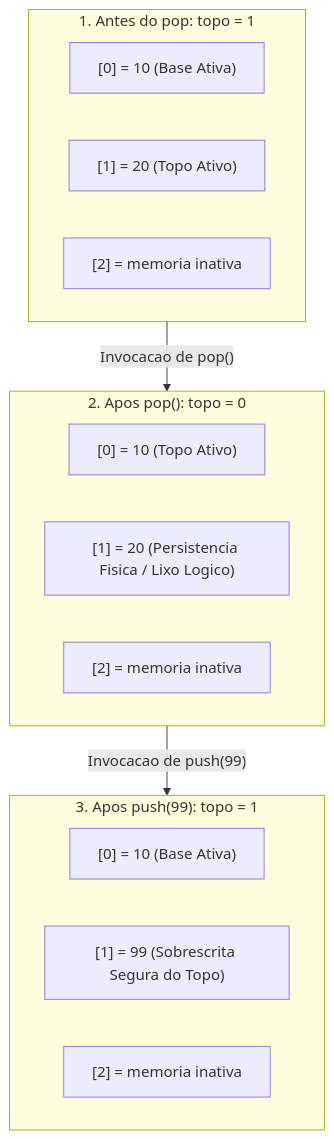
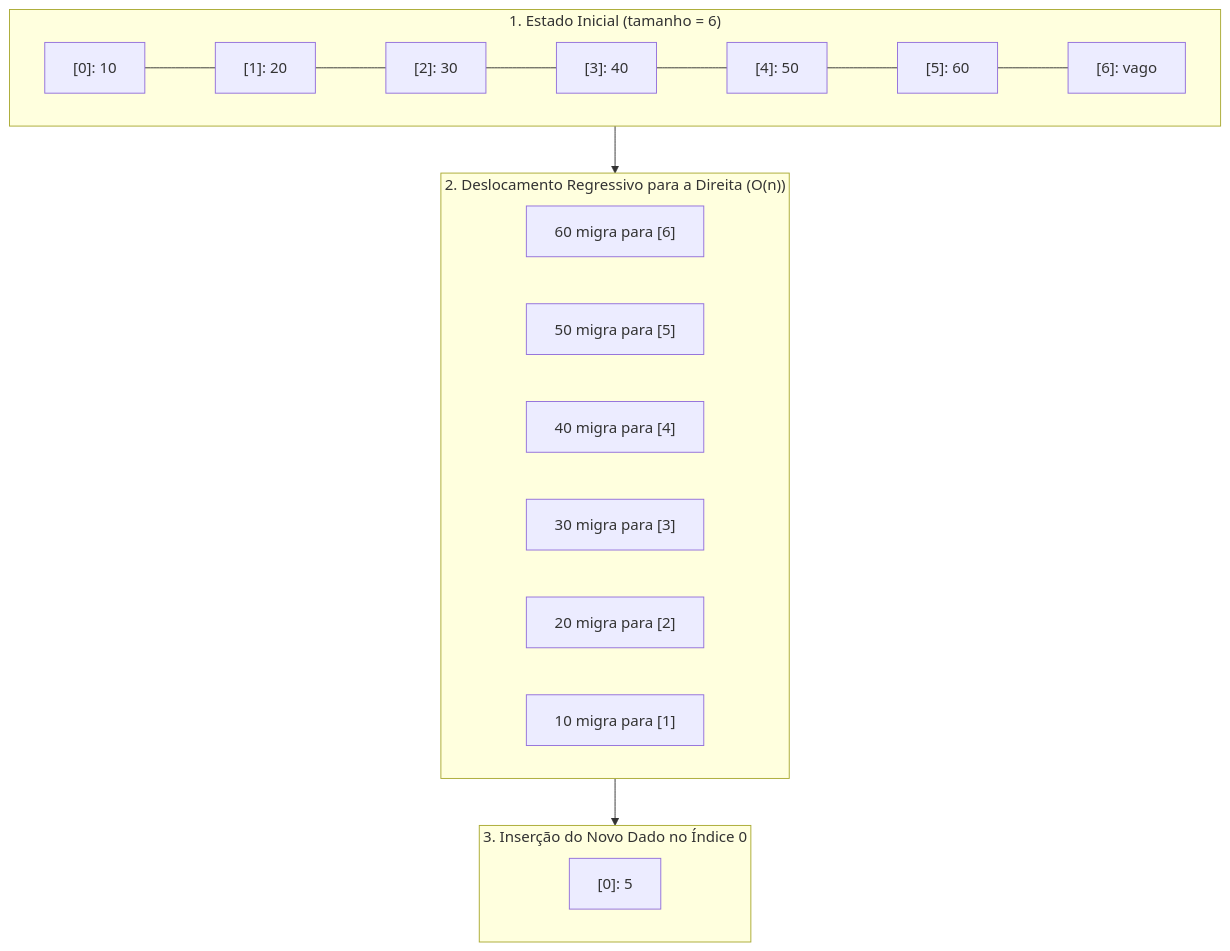
Diagram 16 of 35 in 4º Semestre/[Prof. Wesley Soares] Estrutura de Dados I/Resumos-IA/Simulados-Comentados.md (murilolol/unifef), drawn with Mermaid before and after one commit. The commit also changed other lines of this file and 18 other files, not shown here.

````diff
--- a/4º Semestre/[Prof. Wesley Soares] Estrutura de Dados I/Resumos-IA/Simulados-Comentados.md
+++ b/4º Semestre/[Prof. Wesley Soares] Estrutura de Dados I/Resumos-IA/Simulados-Comentados.md
@@ -414,23 +912,21 @@
 ```mermaid
 flowchart TD
-    subgraph EstadoAntes ["1. Antes do pop: topo = 1"]
-        A0["[0] = 10 (Base Ativa)"]
-        A1["[1] = 20 (Topo Ativo)"]
-        A2["[2] = memoria inativa"]
-    end
+  subgraph EstadoOriginal["1. Estado Inicial (tamanho = 6)"]
+    V0["[0]: 10"] --- V1["[1]: 20"] --- V2["[2]: 30"] --- V3["[3]: 40"] --- V4["[4]: 50"] --- V5["[5]: 60"] --- V6["[6]: vago"]
+  end
 
-    subgraph EstadoDepois ["2. Apos pop(): topo = 0"]
-        B0["[0] = 10 (Topo Ativo)"]
-        B1["[1] = 20 (Persistencia Fisica / Lixo Logico)"]
-        B2["[2] = memoria inativa"]
-    end
+  subgraph Deslocamento["2. Deslocamento Regressivo para a Direita (O(n))"]
+    M5["60 migra para [6]"]
+    M4["50 migra para [5]"]
+    M3["40 migra para [4]"]
+    M2["30 migra para [3]"]
+    M1["20 migra para [2]"]
+    M0["10 migra para [1]"]
+  end
 
-    subgraph EstadoSobrescrita ["3. Apos push(99): topo = 1"]
-        C0["[0] = 10 (Base Ativa)"]
-        C1["[1] = 99 (Sobrescrita Segura do Topo)"]
-        C2["[2] = memoria inativa"]
-    end
+  subgraph Insercao["3. Inserção do Novo Dado no Índice 0"]
+    Novo["[0]: 5"]
+  end
 
-    EstadoAntes -->|"Invocacao de pop()"| EstadoDepois
-    EstadoDepois -->|"Invocacao de push(99)"| EstadoSobrescrita
+  EstadoOriginal --> Deslocamento --> Insercao
 ```
````
